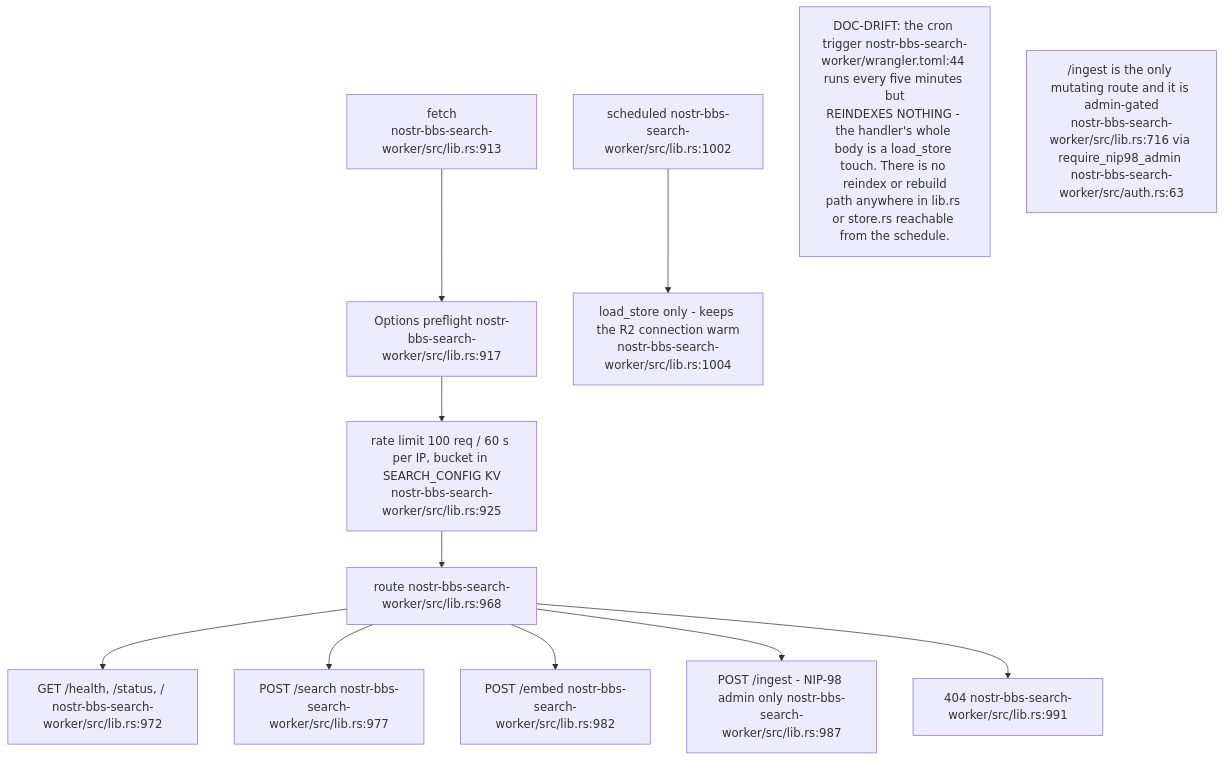
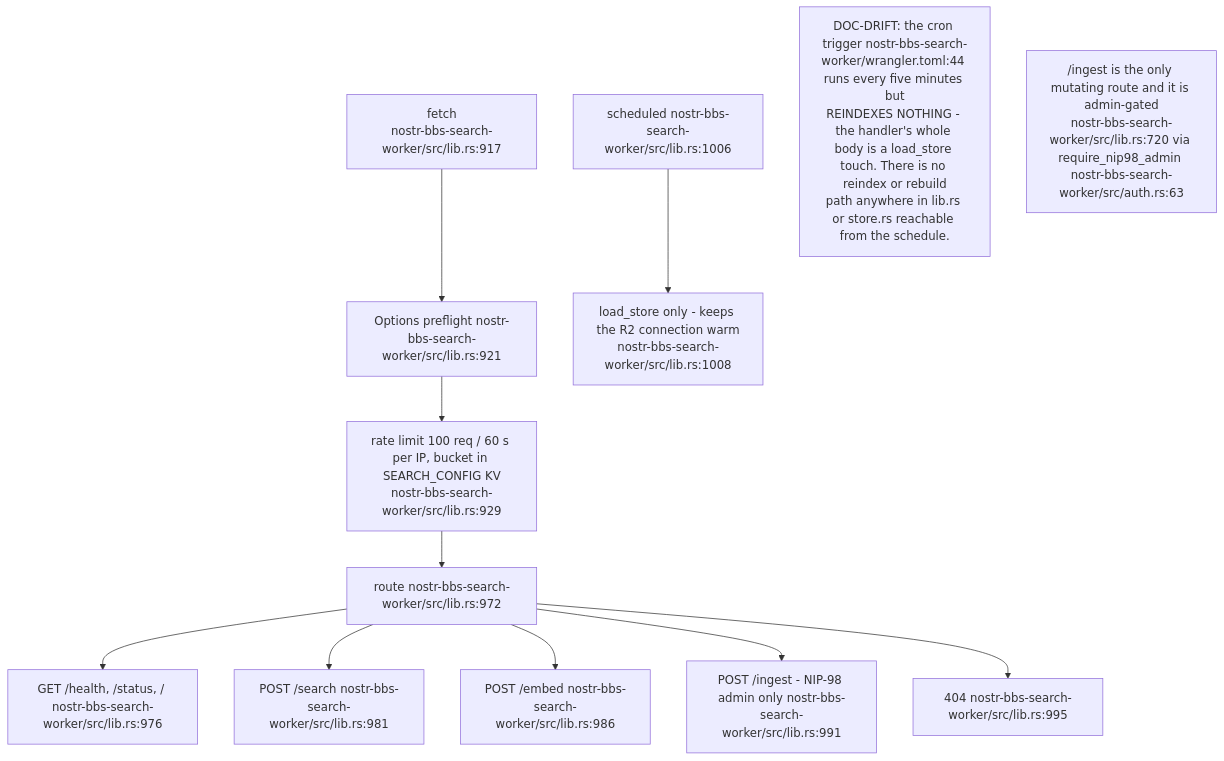
The first of 9 diagrams in docs/diagrams/nostr-rust-forum/07-search-preview-and-shared-worker-utilities.md (DreamLab-AI/VisionFlow), drawn with Mermaid before and after one commit. The commit also changed other lines of this file and 142 other files, not shown here.

First line of the commit message:
docs(diagrams): one System One route; re-verify 140 topics at today's heads

````diff
--- a/docs/diagrams/nostr-rust-forum/07-search-preview-and-shared-worker-utilities.md
+++ b/docs/diagrams/nostr-rust-forum/07-search-preview-and-shared-worker-utilities.md
@@ -35,21 +35,21 @@
 ```mermaid
 flowchart TB
-    F["fetch<br/>nostr-bbs-search-worker/src/lib.rs:913"]
-    OPT["Options preflight nostr-bbs-search-worker/src/lib.rs:917"]
-    RL["rate limit 100 req / 60 s per IP, bucket in SEARCH_CONFIG KV<br/>nostr-bbs-search-worker/src/lib.rs:925"]
-    RT["route nostr-bbs-search-worker/src/lib.rs:968"]
-    H["GET /health, /status, / nostr-bbs-search-worker/src/lib.rs:972"]
-    S["POST /search nostr-bbs-search-worker/src/lib.rs:977"]
-    E["POST /embed nostr-bbs-search-worker/src/lib.rs:982"]
-    I["POST /ingest - NIP-98 admin only nostr-bbs-search-worker/src/lib.rs:987"]
-    NF404["404 nostr-bbs-search-worker/src/lib.rs:991"]
-    CRON["scheduled nostr-bbs-search-worker/src/lib.rs:1002"]
+    F["fetch<br/>nostr-bbs-search-worker/src/lib.rs:917"]
+    OPT["Options preflight nostr-bbs-search-worker/src/lib.rs:921"]
+    RL["rate limit 100 req / 60 s per IP, bucket in SEARCH_CONFIG KV<br/>nostr-bbs-search-worker/src/lib.rs:929"]
+    RT["route nostr-bbs-search-worker/src/lib.rs:972"]
+    H["GET /health, /status, / nostr-bbs-search-worker/src/lib.rs:976"]
+    S["POST /search nostr-bbs-search-worker/src/lib.rs:981"]
+    E["POST /embed nostr-bbs-search-worker/src/lib.rs:986"]
+    I["POST /ingest - NIP-98 admin only nostr-bbs-search-worker/src/lib.rs:991"]
+    NF404["404 nostr-bbs-search-worker/src/lib.rs:995"]
+    CRON["scheduled nostr-bbs-search-worker/src/lib.rs:1006"]
 
     F --> OPT --> RL --> RT
     RT --> H & S & E & I
     RT --> NF404
-    CRON --> WARM["load_store only - keeps the R2 connection warm<br/>nostr-bbs-search-worker/src/lib.rs:1004"]
+    CRON --> WARM["load_store only - keeps the R2 connection warm<br/>nostr-bbs-search-worker/src/lib.rs:1008"]
 
     N1["DOC-DRIFT: the cron trigger nostr-bbs-search-worker/wrangler.toml:44 runs every five minutes but<br/>REINDEXES NOTHING - the handler's whole body is a load_store touch. There is no reindex or rebuild<br/>path anywhere in lib.rs or store.rs reachable from the schedule."]
-    N2["/ingest is the only mutating route and it is admin-gated<br/>nostr-bbs-search-worker/src/lib.rs:716 via require_nip98_admin nostr-bbs-search-worker/src/auth.rs:63"]
+    N2["/ingest is the only mutating route and it is admin-gated<br/>nostr-bbs-search-worker/src/lib.rs:720 via require_nip98_admin nostr-bbs-search-worker/src/auth.rs:63"]
 ```
````
